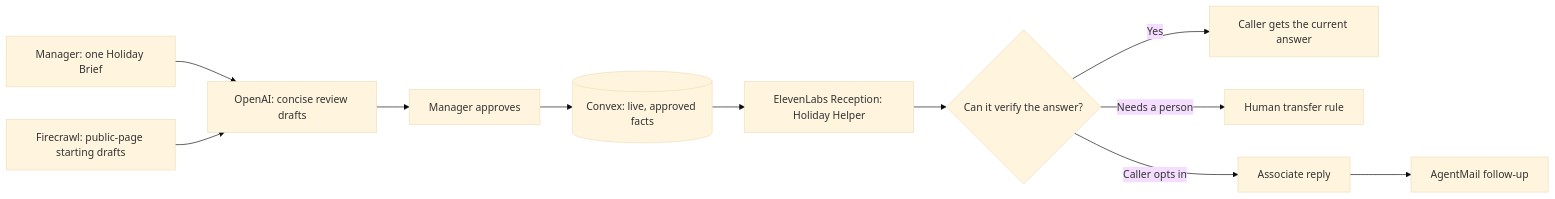
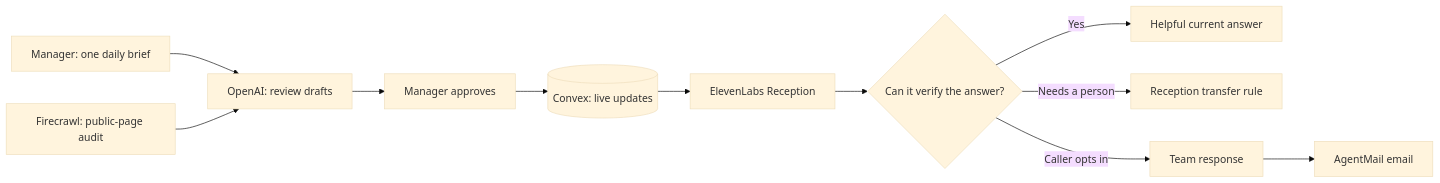
The diagram in README.md (SunshineFM/holiday-hotline), drawn with Mermaid (base theme) before and after one commit. The commit also changed other lines of this file and 17 other files, not shown here.

Commit message:
Build daily brief pilot workflow

````diff
--- a/README.md
+++ b/README.md
@@ -17,13 +11,13 @@
 ```mermaid
 flowchart LR
-  M[Manager: one Holiday Brief] --> O[OpenAI: concise review drafts]
-  F[Firecrawl: public-page starting drafts] --> O
+  M[Manager: one daily brief] --> O[OpenAI: review drafts]
+  F[Firecrawl: public-page audit] --> O
   O --> A[Manager approves]
-  A --> C[(Convex: live, approved facts)]
-  C --> R[ElevenLabs Reception: Holiday Helper]
+  A --> C[(Convex: live updates)]
+  C --> R[ElevenLabs Reception]
   R --> Q{Can it verify the answer?}
-  Q -->|Yes| V[Caller gets the current answer]
-  Q -->|Needs a person| H[Human transfer rule]
-  Q -->|Caller opts in| E[Associate reply]
-  E --> AM[AgentMail follow-up]
+  Q -->|Yes| V[Helpful current answer]
+  Q -->|Needs a person| H[Reception transfer rule]
+  Q -->|Caller opts in| D[Team response]
+  D --> AM[AgentMail email]
 ```
````
